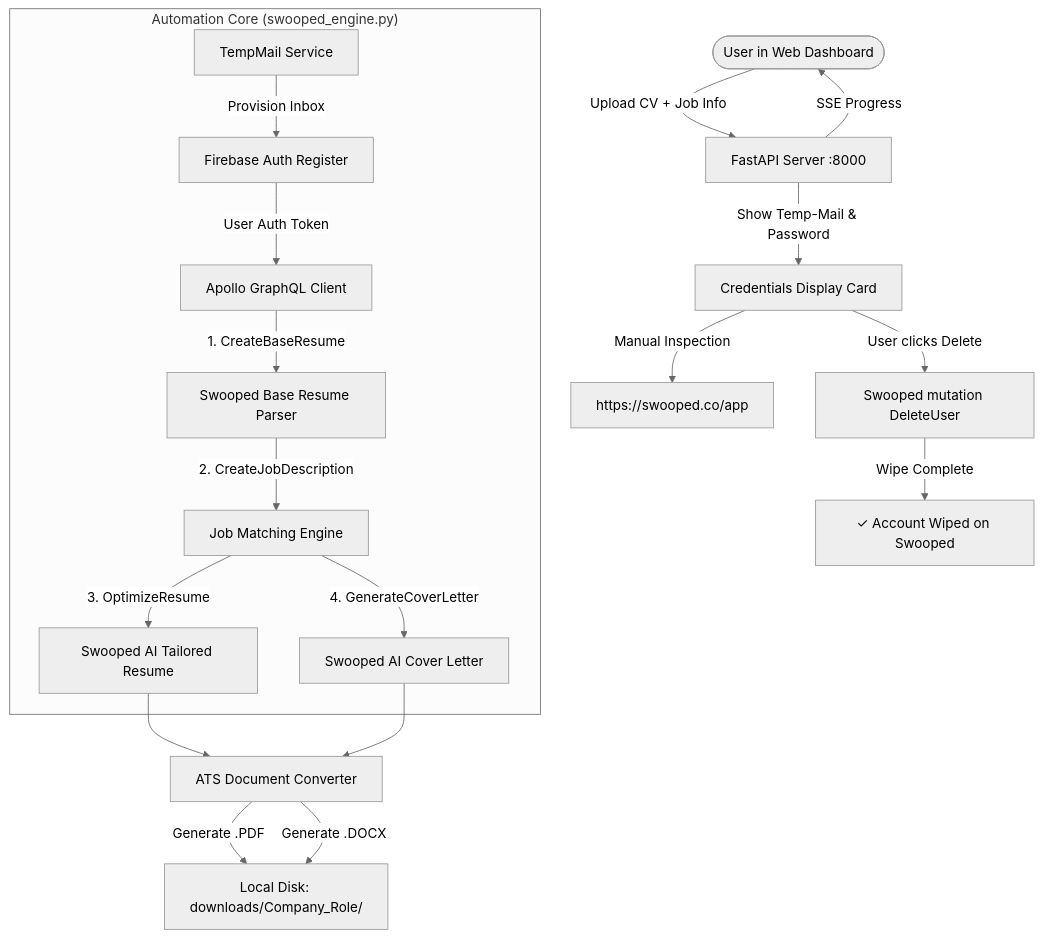
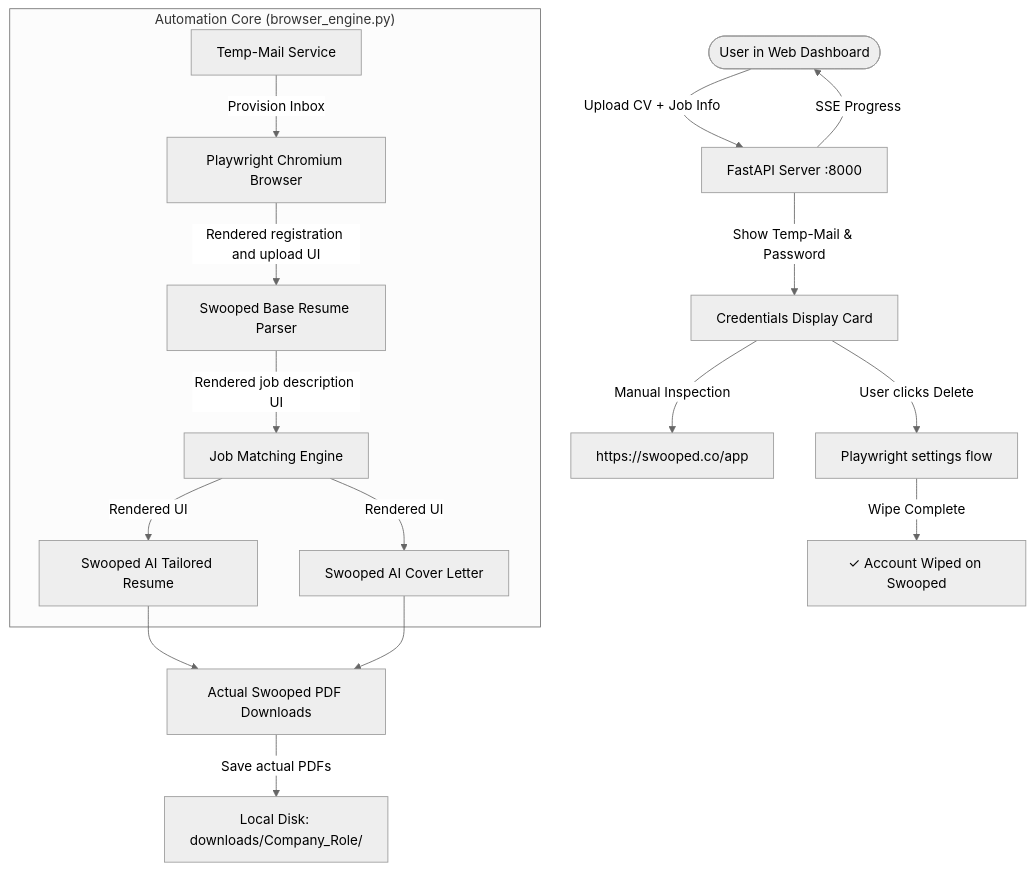
The diagram in README.md (NallukumarRavichandran/resumeFlowMark2.RFM2), drawn with Mermaid (neutral theme) before and after one commit. The commit also changed other lines of this file and 12 other files, not shown here.

Commit message:
Add real browser previews and document downloads

````diff
--- a/README.md
+++ b/README.md
@@ -55,26 +56,23 @@
 ```mermaid
 graph TD
     User([User in Web Dashboard]) -->|Upload CV + Job Info| FastAPI[FastAPI Server :8000]
     FastAPI -->|SSE Progress| User
     
-    subgraph "Automation Core (swooped_engine.py)"
-        TempMail[TempMail Service] -->|Provision Inbox| Reg[Firebase Auth Register]
-        Reg -->|User Auth Token| GraphQL[Apollo GraphQL Client]
-        GraphQL -->|1. CreateBaseResume| BaseRes[Swooped Base Resume Parser]
-        BaseRes -->|2. CreateJobDescription| JobTarget[Job Matching Engine]
-        JobTarget -->|3. OptimizeResume| ResumeTailor[Swooped AI Tailored Resume]
-        JobTarget -->|4. GenerateCoverLetter| CoverAI[Swooped AI Cover Letter]
+    subgraph "Automation Core (browser_engine.py)"
+        TempMail[Temp-Mail Service] -->|Provision Inbox| Browser[Playwright Chromium Browser]
+        Browser -->|Rendered registration and upload UI| BaseRes[Swooped Base Resume Parser]
+        BaseRes -->|Rendered job description UI| JobTarget[Job Matching Engine]
+        JobTarget -->|Rendered UI| ResumeTailor[Swooped AI Tailored Resume]
+        JobTarget -->|Rendered UI| CoverAI[Swooped AI Cover Letter]
     end
 
-    ResumeTailor --> DocGen[ATS Document Converter]
-    CoverAI --> DocGen
-
-    DocGen -->|Generate .PDF| LocalDisk[Local Disk: downloads/Company_Role/]
-    DocGen -->|Generate .DOCX| LocalDisk
+    ResumeTailor --> SwoopedDownloads[Actual Swooped PDF Downloads]
+    CoverAI --> SwoopedDownloads
+    SwoopedDownloads -->|Save actual PDFs| LocalDisk[Local Disk: downloads/Company_Role/]
 
     FastAPI -->|Show Temp-Mail & Password| CredentialsCard[Credentials Display Card]
     CredentialsCard -->|Manual Inspection| SwoopedDashboard[https://swooped.co/app]
     
-    CredentialsCard -->|User clicks Delete| DeleteMutation[Swooped mutation DeleteUser]
-    DeleteMutation -->|Wipe Complete| WipedStatus[✓ Account Wiped on Swooped]
+    CredentialsCard -->|User clicks Delete| DeleteBrowser[Playwright settings flow]
+    DeleteBrowser -->|Wipe Complete| WipedStatus[✓ Account Wiped on Swooped]
 ```
````
